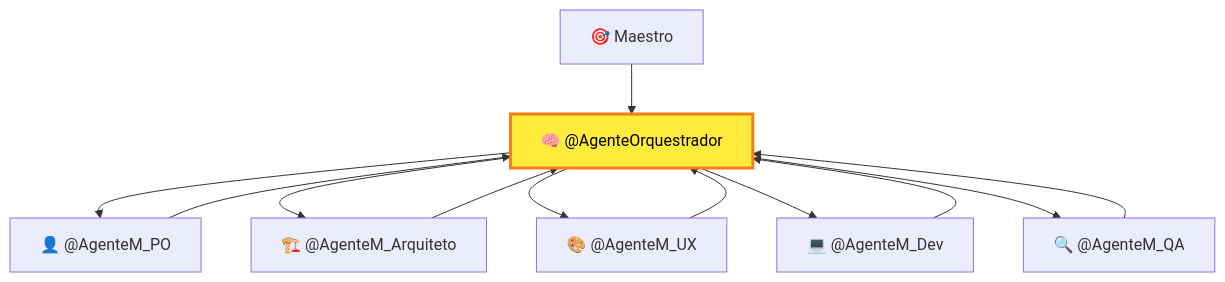
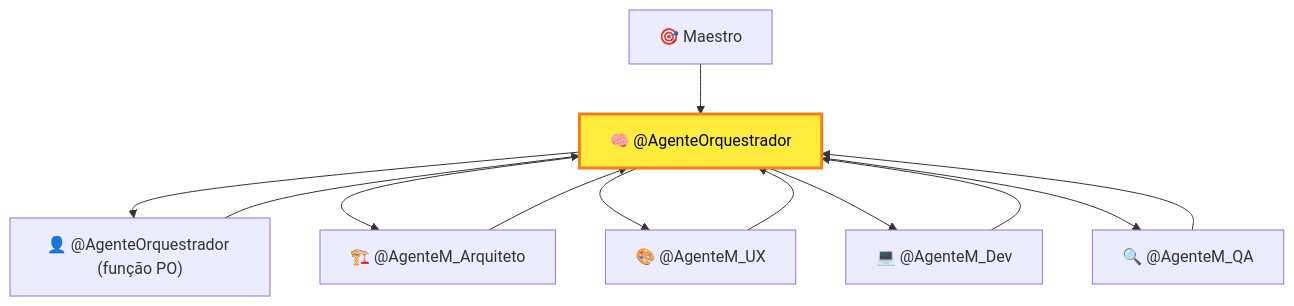
The first of 4 diagrams in docs/04_Agentes_IA/EVOLUCAO_AGENTE_ORQUESTRADOR.md (brunosrosa/recoloca-ai), drawn with Mermaid before and after one commit. The commit also changed other lines of this file and 56 other files, not shown here.

````diff
--- a/docs/04_Agentes_IA/EVOLUCAO_AGENTE_ORQUESTRADOR.md
+++ b/docs/04_Agentes_IA/EVOLUCAO_AGENTE_ORQUESTRADOR.md
@@ -26,18 +26,18 @@
 ```mermaid
 graph TD
     A["🎯 Maestro"] --> B["🧠 @AgenteOrquestrador"]
-    B --> C["👤 @AgenteM_PO"]
+    B --> C["👤 @AgenteOrquestrador (função PO)"]
     B --> D["🏗️ @AgenteM_Arquiteto"]
     B --> E["🎨 @AgenteM_UX"]
     B --> F["💻 @AgenteM_Dev"]
     B --> G["🔍 @AgenteM_QA"]
     
     C --> B
     D --> B
     E --> B
     F --> B
     G --> B
     
     style B fill:#ffeb3b,stroke:#f57f17,stroke-width:3px
     style B color:#000
 ```
````
